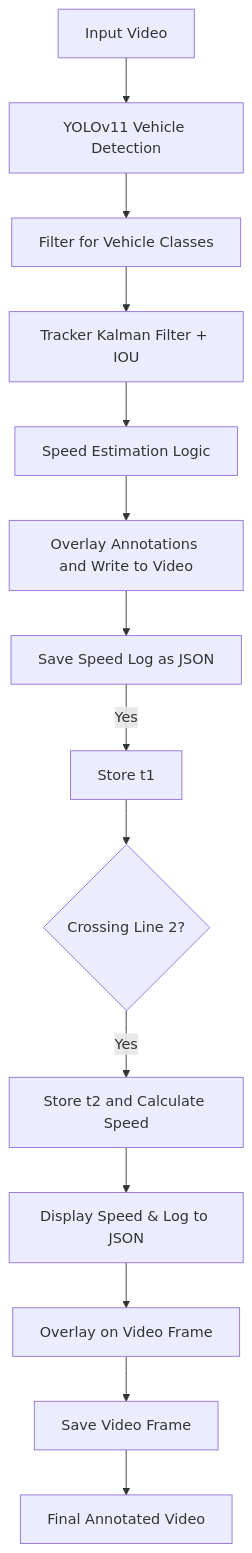
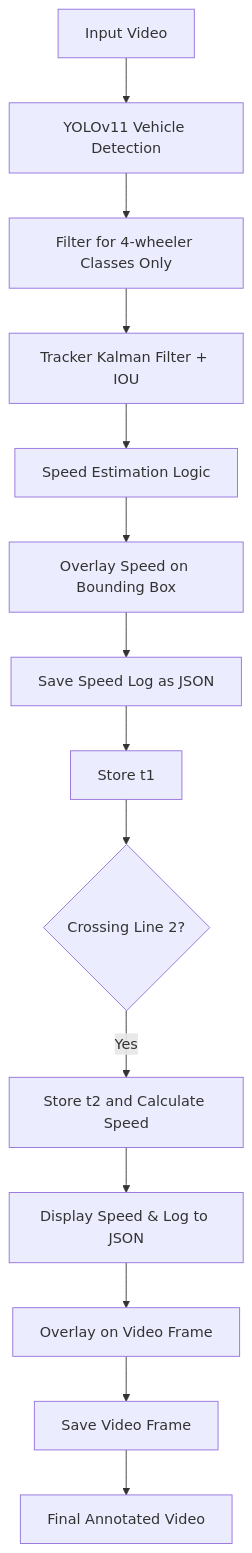
One commit to Kaarti22/Vehicle-Speed-Detection changed the diagram in README.md. Above: the diagram before and after it, drawn with Mermaid. The commit also changed other lines of this file, not shown here.

````diff
--- a/README.md
+++ b/README.md
@@ -31,16 +33,16 @@
 ```mermaid
 graph TD
     A[Input Video] --> B[YOLOv11 Vehicle Detection]
-    B --> C[Filter for Vehicle Classes]
+    B --> C[Filter for 4-wheeler Classes Only]
     C --> D[Tracker Kalman Filter + IOU]
     D --> E[Speed Estimation Logic]
-    E --> F[Overlay Annotations and Write to Video]
+    E --> F[Overlay Speed on Bounding Box]
     F --> G[Save Speed Log as JSON]
-    G -- Yes --> H[Store t1]
+    G --> H[Store t1]
     H --> I{Crossing Line 2?}
     I -- Yes --> J[Store t2 and Calculate Speed]
     J --> K[Display Speed & Log to JSON]
     K --> L[Overlay on Video Frame]
     L --> M[Save Video Frame]
     M --> N[Final Annotated Video]
 ```
````
